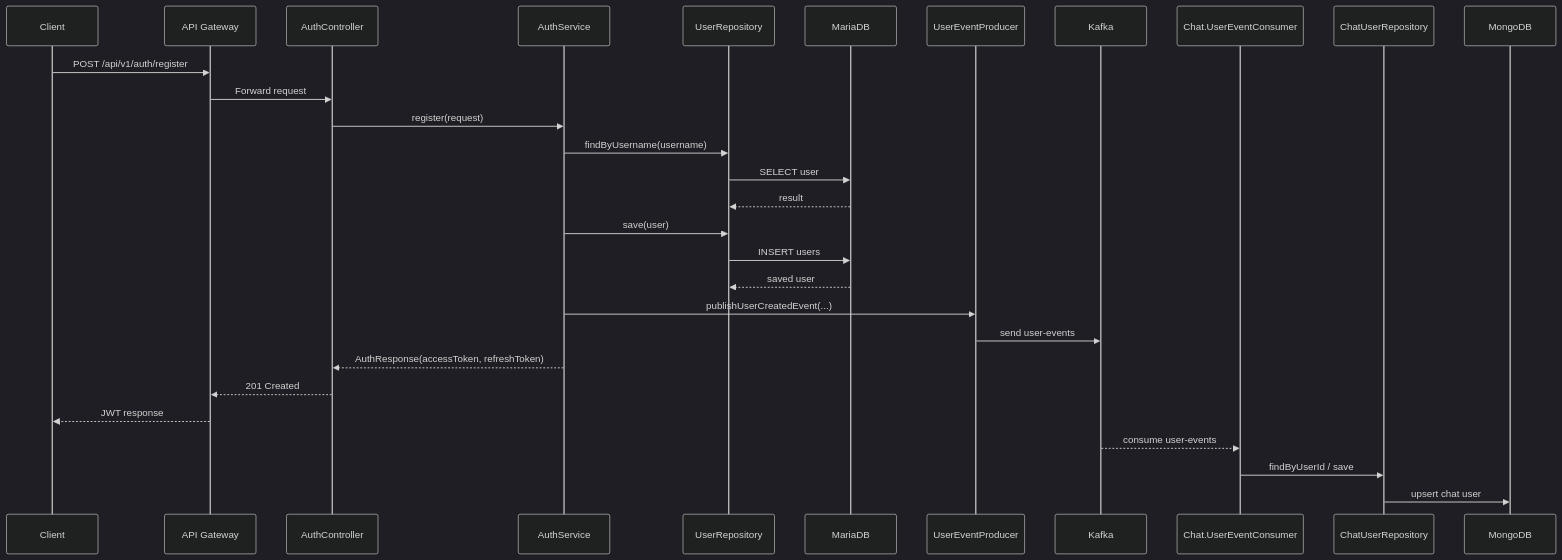
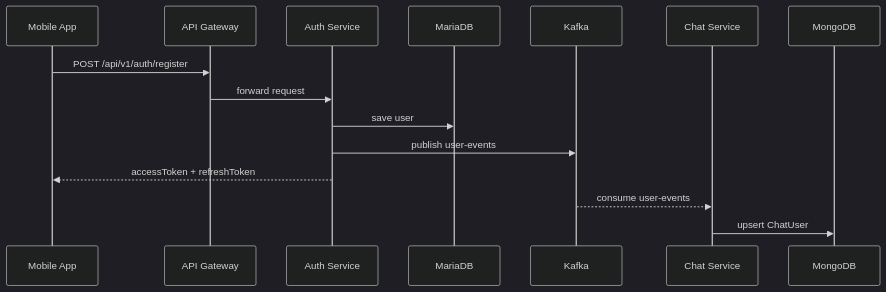
One commit to Hiep0718/IUH_CONNECT changed the second of 3 diagrams in README.md. Above: the diagram before and after it, drawn with Mermaid (dark theme). The commit also changed other lines of this file and 24 other files, not shown here.

````diff
--- a/README.md
+++ b/README.md
@@ -200,33 +233,18 @@
 ```mermaid
 sequenceDiagram
-    participant Client as Client
+    participant Client as Mobile App
     participant Gateway as API Gateway
-    participant AuthController as AuthController
-    participant AuthService as AuthService
-    participant UserRepo as UserRepository
+    participant Auth as Auth Service
     participant MariaDB as MariaDB
-    participant Producer as UserEventProducer
     participant Kafka as Kafka
-    participant UserEventConsumer as Chat.UserEventConsumer
-    participant ChatUserRepo as ChatUserRepository
+    participant Chat as Chat Service
     participant MongoDB as MongoDB
 
     Client->>Gateway: POST /api/v1/auth/register
-    Gateway->>AuthController: Forward request
-    AuthController->>AuthService: register(request)
-    AuthService->>UserRepo: findByUsername(username)
-    UserRepo->>MariaDB: SELECT user
-    MariaDB-->>UserRepo: result
-    AuthService->>UserRepo: save(user)
-    UserRepo->>MariaDB: INSERT users
-    MariaDB-->>UserRepo: saved user
-    AuthService->>Producer: publishUserCreatedEvent(...)
-    Producer->>Kafka: send user-events
-    AuthService-->>AuthController: AuthResponse(accessToken, refreshToken)
-    AuthController-->>Gateway: 201 Created
-    Gateway-->>Client: JWT response
-
-    Kafka-->>UserEventConsumer: consume user-events
-    UserEventConsumer->>ChatUserRepo: findByUserId / save
-    ChatUserRepo->>MongoDB: upsert chat user
+    Gateway->>Auth: forward request
+    Auth->>MariaDB: save user
+    Auth->>Kafka: publish user-events
+    Auth-->>Client: accessToken + refreshToken
+    Kafka-->>Chat: consume user-events
+    Chat->>MongoDB: upsert ChatUser
 ```
````
